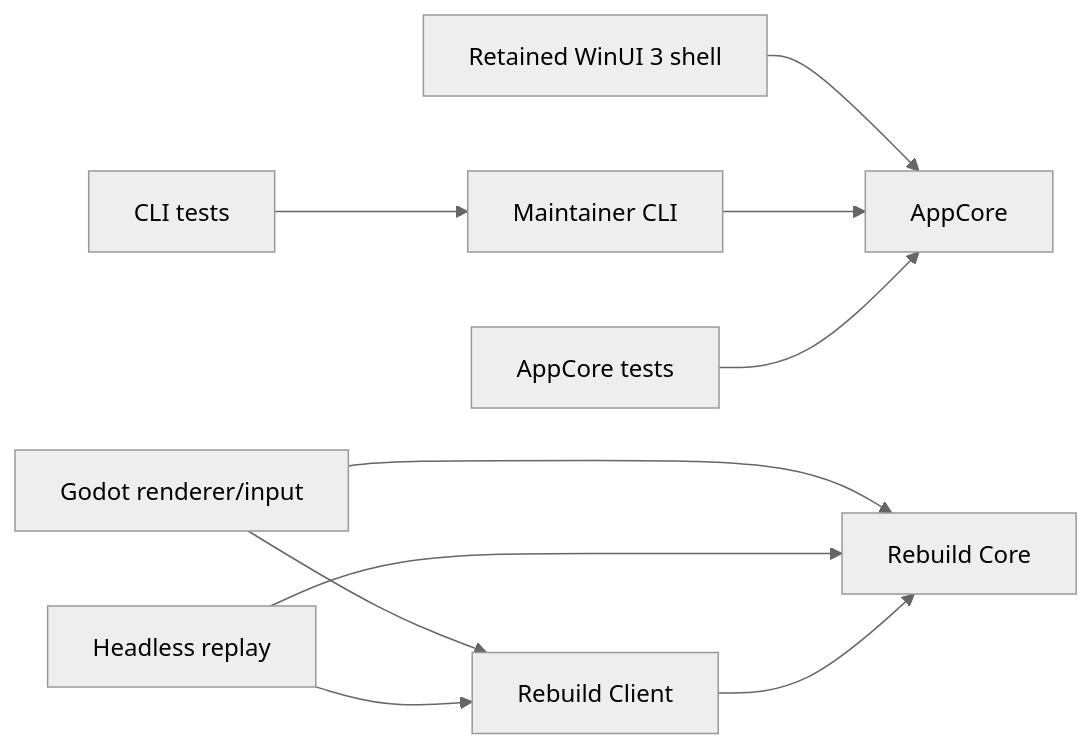
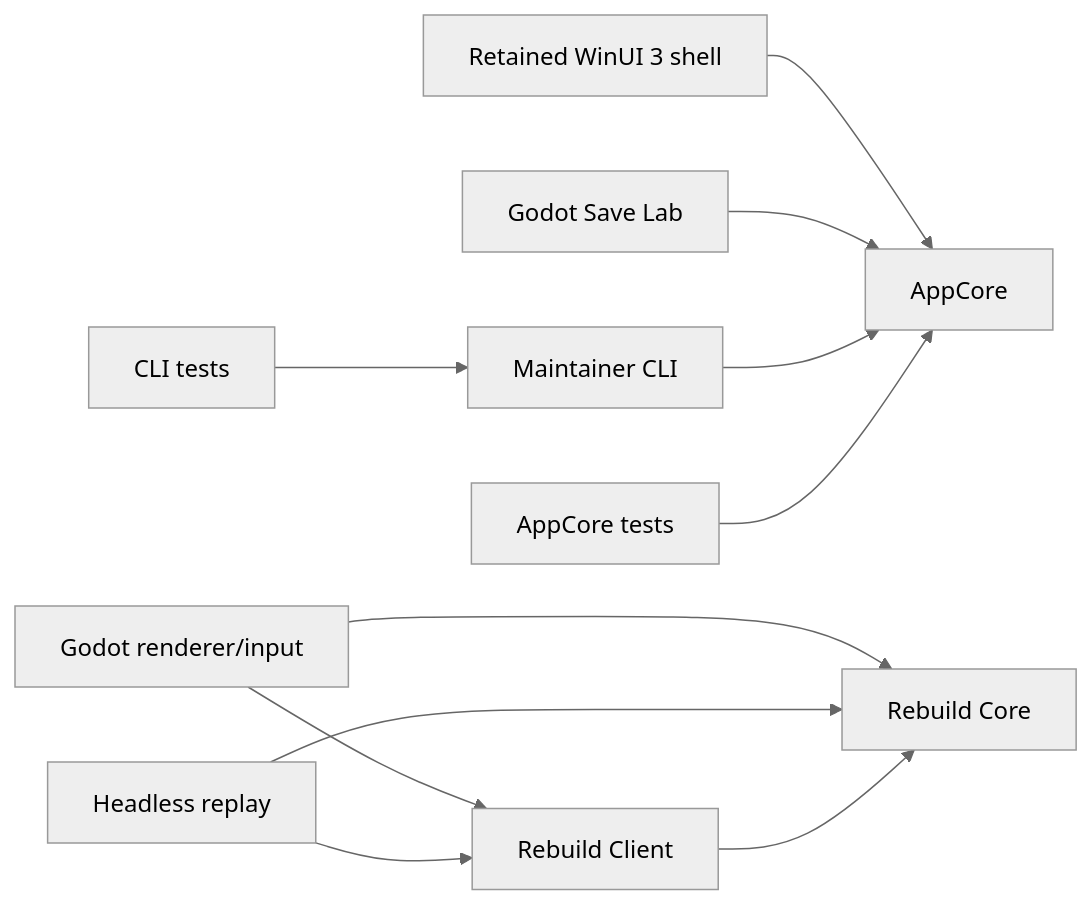
One commit to dlprentice/Onslaught-Career-Editor changed the diagram in PROJECT-INDEX.md. Above: the diagram before and after it, drawn with Mermaid (neutral theme). The commit also changed other lines of this file and 55 other files, not shown here.

Commit message:
Add Linux Godot workflows and portable Save Lab

````diff
--- a/PROJECT-INDEX.md
+++ b/PROJECT-INDEX.md
@@ -21,12 +21,13 @@
 ```mermaid
 flowchart LR
     W["Retained WinUI 3 shell"] --> A["AppCore"]
+    T["Godot Save Lab"] --> A
     C["Maintainer CLI"] --> A
     AT["AppCore tests"] --> A
     CT["CLI tests"] --> C
     G["Godot renderer/input"] --> RC["Rebuild Client"]
     G --> RCore["Rebuild Core"]
     H["Headless replay"] --> RC
     H --> RCore
     RC --> RCore
 ```
````
